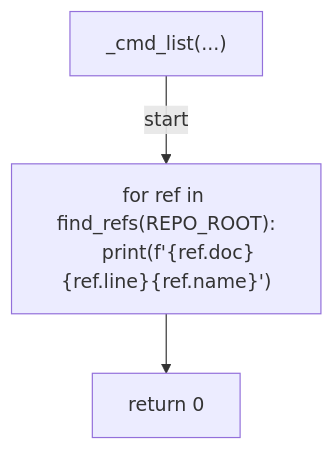
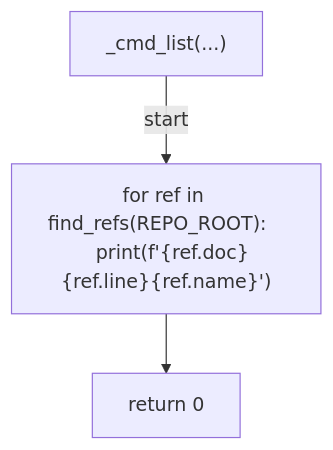
The sixth of 7 diagrams in docs/generated/scripts/ast/scan_doc_workflow_refs.md (tvna/claude-md), drawn with Mermaid before and after one commit. The commit also changed other lines of this file and 29 other files, not shown here.

First line of the commit message:
docs(generated): regenerate decision tree and workflow diagrams (batch 3/5)

````diff
--- a/docs/generated/scripts/ast/scan_doc_workflow_refs.md
+++ b/docs/generated/scripts/ast/scan_doc_workflow_refs.md
@@ -91,9 +74,8 @@
 ```mermaid
 flowchart TD
     N001["_cmd_list(...)"]
-    N002["for ref in find_refs(REPO_ROOT):
-    print(f'{ref.doc}<str>{ref.line}<str>{ref.name}')"]
+    N002["for ref in find_refs(REPO_ROOT):     print(f'{ref.doc}<str>{ref.line}<str>{ref.name}')"]
     N003["return 0"]
     N001 -->|"start"| N002
     N002 --> N003
 ```
````
